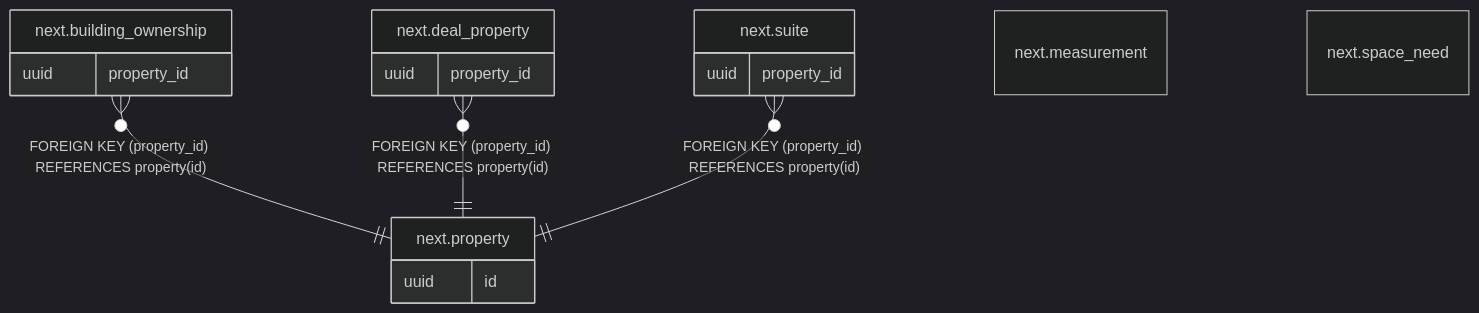
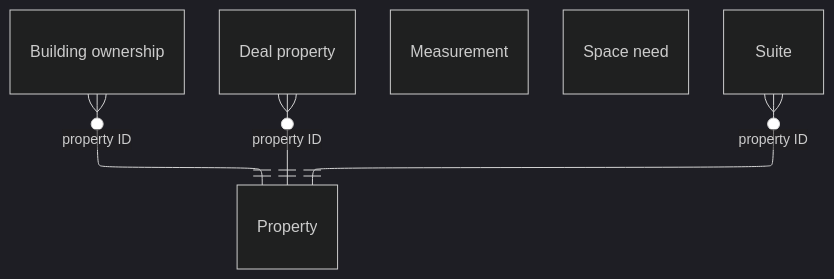
One commit to DoctorCRE/doctorcre-engine changed the diagram in docs/database/tables/viewpoint-property.md. Above: the diagram before and after it, drawn with Mermaid (dark theme). The commit also changed other lines of this file and 29 other files, not shown here.

````diff
--- a/docs/database/tables/viewpoint-property.md
+++ b/docs/database/tables/viewpoint-property.md
@@ -20,24 +3,19 @@
 ```mermaid
+---
+config:
+  layout: elk
+  er:
+    nodeSpacing: 22
+    rankSpacing: 44
+---
 erDiagram
-
-"next.building_ownership" }o--|| "next.property" : "FOREIGN KEY (property_id) REFERENCES property(id)"
-"next.deal_property" }o--|| "next.property" : "FOREIGN KEY (property_id) REFERENCES property(id)"
-"next.suite" }o--|| "next.property" : "FOREIGN KEY (property_id) REFERENCES property(id)"
-
-"next.building_ownership" {
-  uuid property_id
-}
-"next.deal_property" {
-  uuid property_id
-}
-"next.measurement" {
-}
-"next.property" {
-  uuid id
-}
-"next.space_need" {
-}
-"next.suite" {
-  uuid property_id
-}
+  "Building ownership"
+  "Deal property"
+  "Measurement"
+  "Property"
+  "Space need"
+  "Suite"
+  "Building ownership" }o--|| "Property" : "property ID"
+  "Deal property" }o--|| "Property" : "property ID"
+  "Suite" }o--|| "Property" : "property ID"
 ```
````
